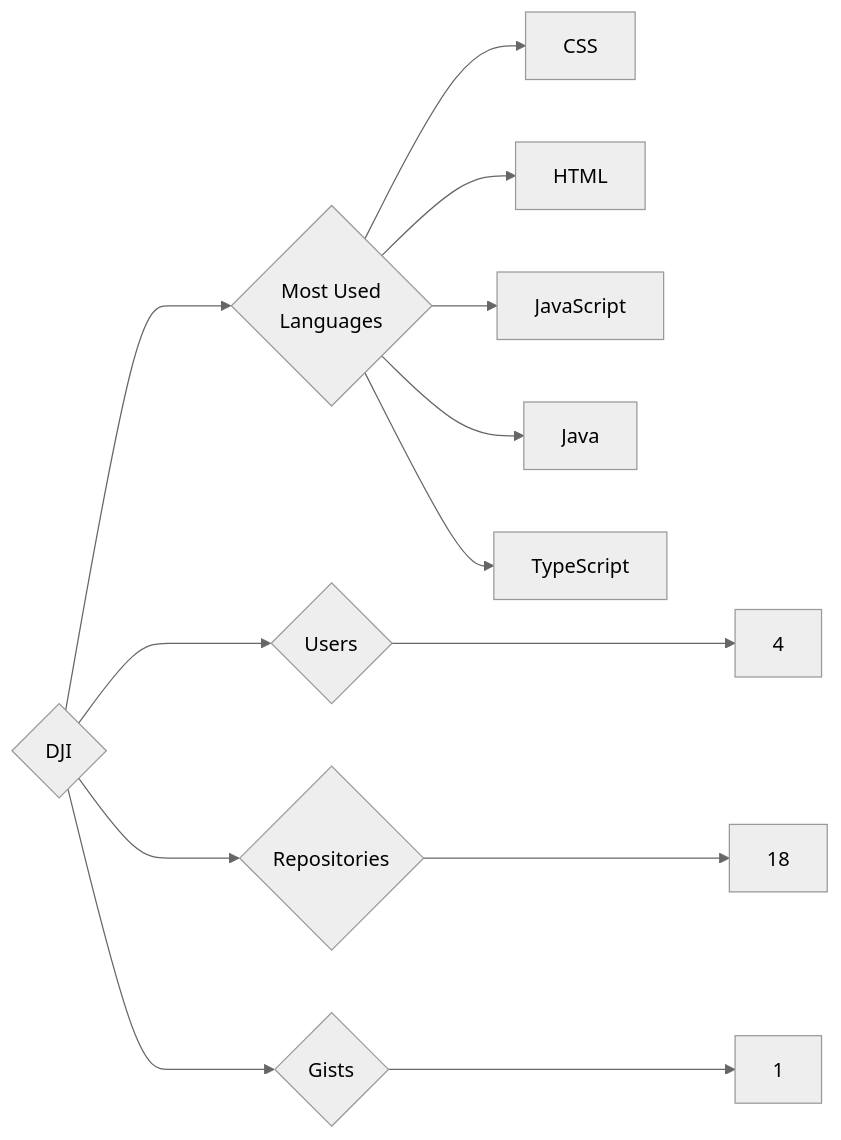
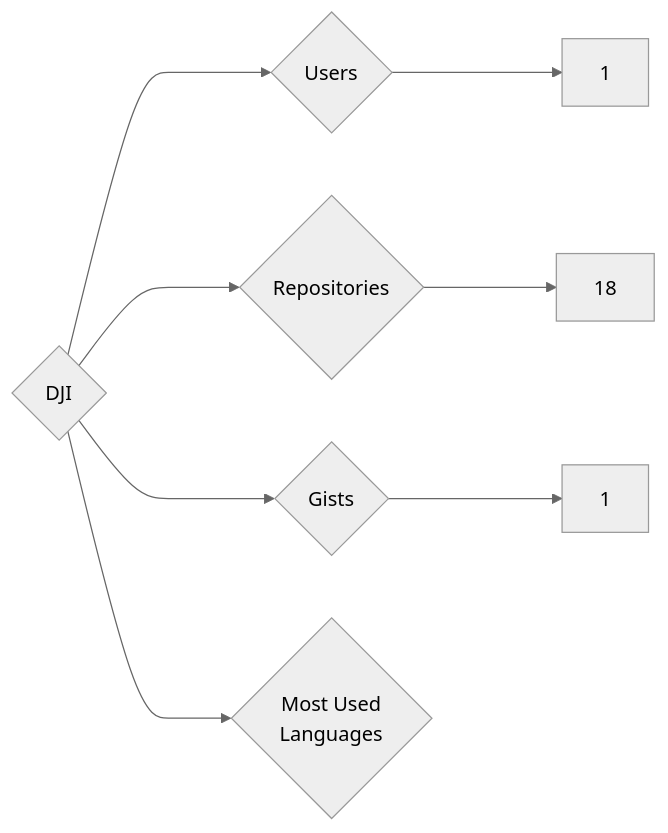
The diagram in targets/DJI/README.md (trickest/insiders), drawn with Mermaid (neutral theme) before and after one commit. The commit also changed 815 other files, not shown here.

````diff
--- a/targets/DJI/README.md
+++ b/targets/DJI/README.md
@@ -3,13 +3,8 @@
 ```mermaid
 graph LR
 COMPANY_NAME{DJI}
-COMPANY_NAME ---> U{Users} ---> UN[4]
+COMPANY_NAME ---> U{Users} ---> UN[1]
 COMPANY_NAME ---> R{Repositories} ---> RN[18]
 COMPANY_NAME ---> G{Gists} ---> GN[1]
 COMPANY_NAME ---> ML{Most Used<br>Languages}
-ML --> CSS[CSS]
-ML --> HTML[HTML]
-ML --> JavaScript[JavaScript]
-ML --> Java[Java]
-ML --> TypeScript[TypeScript]
 ```
````
